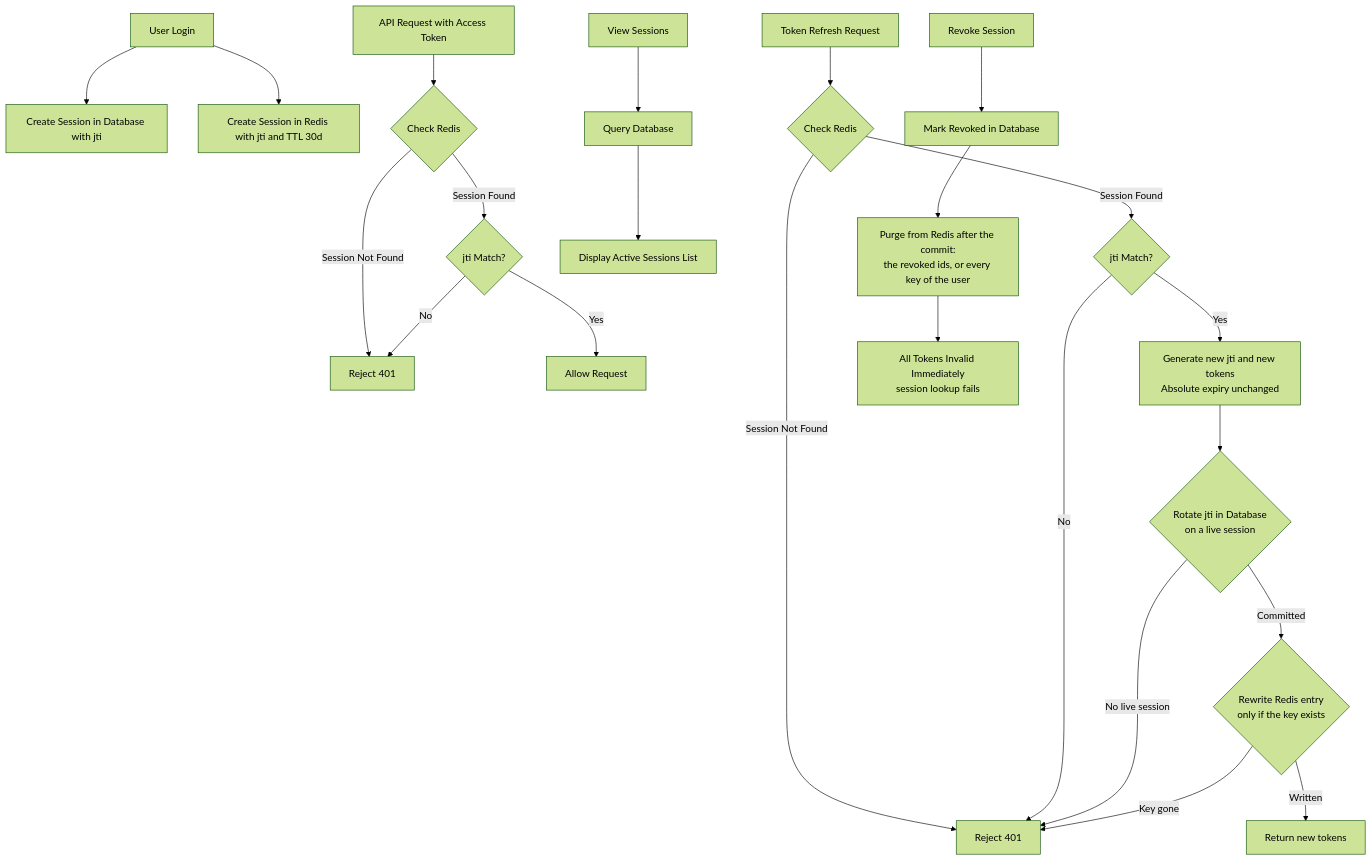
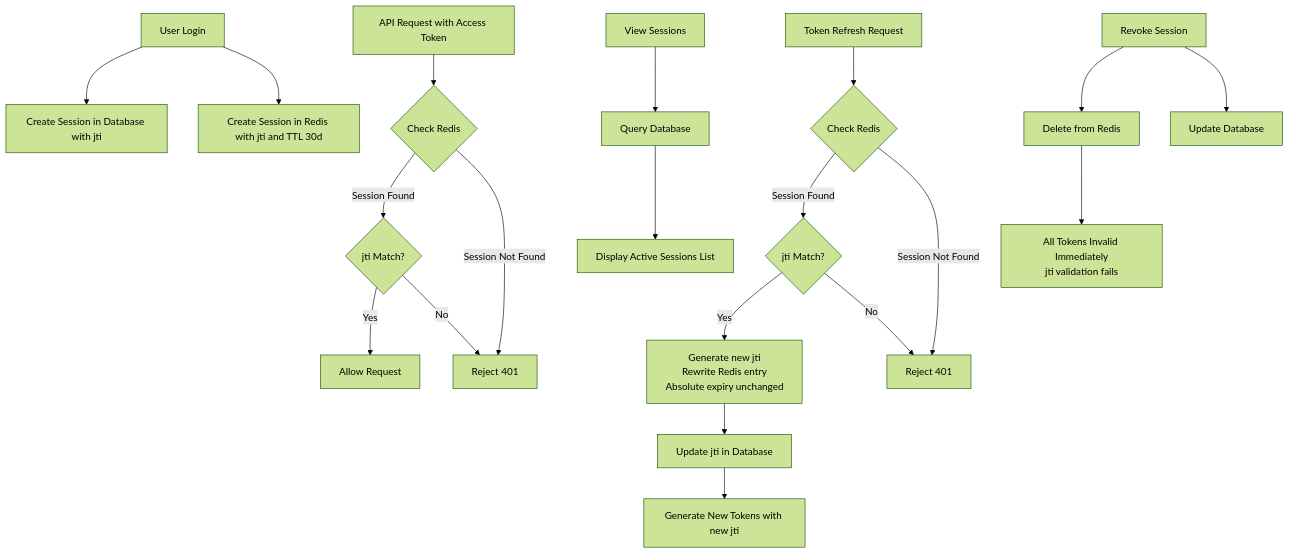
Before and after one commit to andrechristikan/ack-nestjs-boilerplate: the eighth of 9 diagrams in docs/authentication.md, drawn with Mermaid (forest theme). The commit also changed other lines of this file and 1480 other files, not shown here.

````diff
--- a/docs/authentication.md
+++ b/docs/authentication.md
@@ -1221,32 +1156,29 @@
 ```mermaid
 graph TB
     A[User Login] --> B[Create Session in Database with jti]
     A --> C[Create Session in Redis with jti and TTL 30d]
     
     D[API Request with Access Token] --> E{Check Redis}
     E -->|Session Found| F{jti Match?}
     E -->|Session Not Found| G[Reject 401]
     
     F -->|Yes| H[Allow Request]
     F -->|No| G
     
     I[Token Refresh Request] --> J{Check Redis}
     J -->|Session Found| K{jti Match?}
     J -->|Session Not Found| L[Reject 401]
     
-    K -->|Yes| M[Generate new jti and new tokens<br/>Absolute expiry unchanged]
+    K -->|Yes| M[Generate new jti<br/>Rewrite Redis entry<br/>Absolute expiry unchanged]
     K -->|No| L
     
-    M --> N{Rotate jti in Database<br/>on a live session}
-    N -->|No live session| L
-    N -->|Committed| O{Rewrite Redis entry<br/>only if the key exists}
-    O -->|Key gone| L
-    O -->|Written| W[Return new tokens]
+    M --> N[Update jti in Database]
+    N --> O[Generate New Tokens with new jti]
     
     P[View Sessions] --> Q[Query Database]
     Q --> R[Display Active Sessions List]
     
-    T[Revoke Session] --> S[Mark Revoked in Database]
-    S --> U[Purge from Redis after the commit:<br/>the revoked ids, or every key of the user]
-    U --> V[All Tokens Invalid Immediately<br/>session lookup fails]
+    T[Revoke Session] --> U[Delete from Redis]
+    T --> S[Update Database]
+    U --> V[All Tokens Invalid Immediately<br/>jti validation fails]
 ```
````
